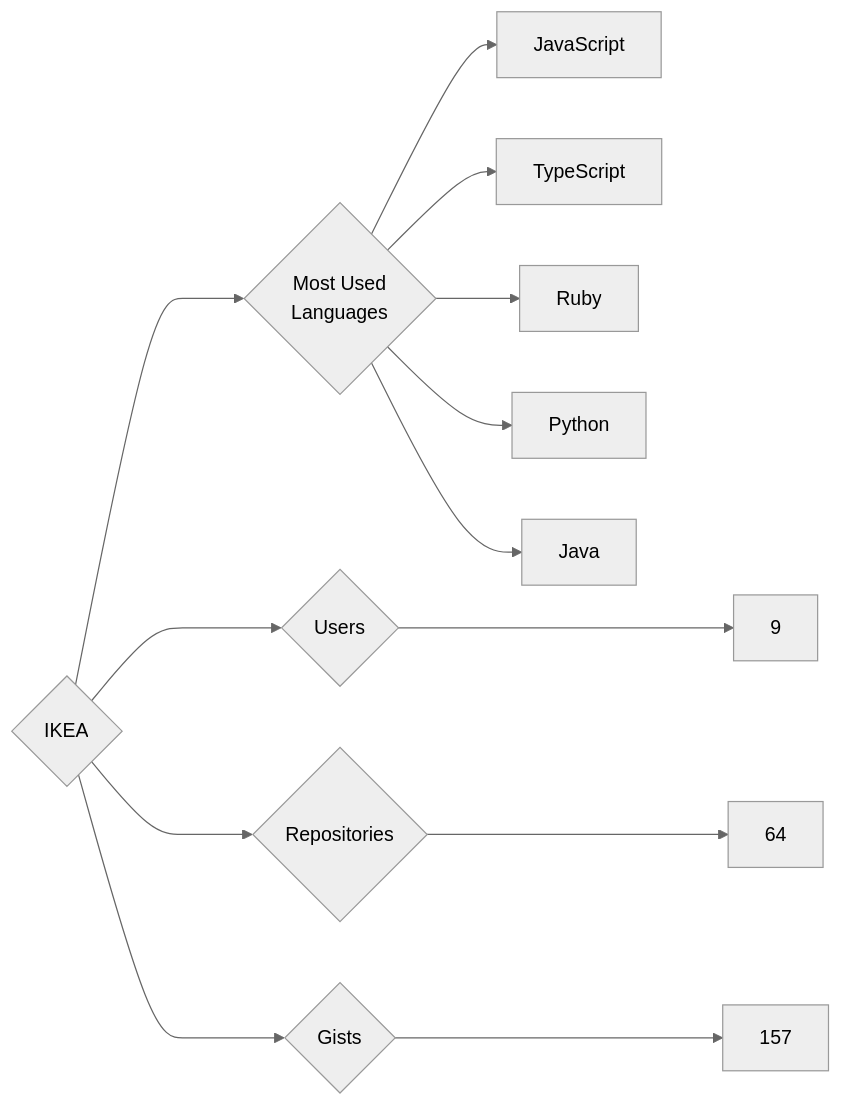
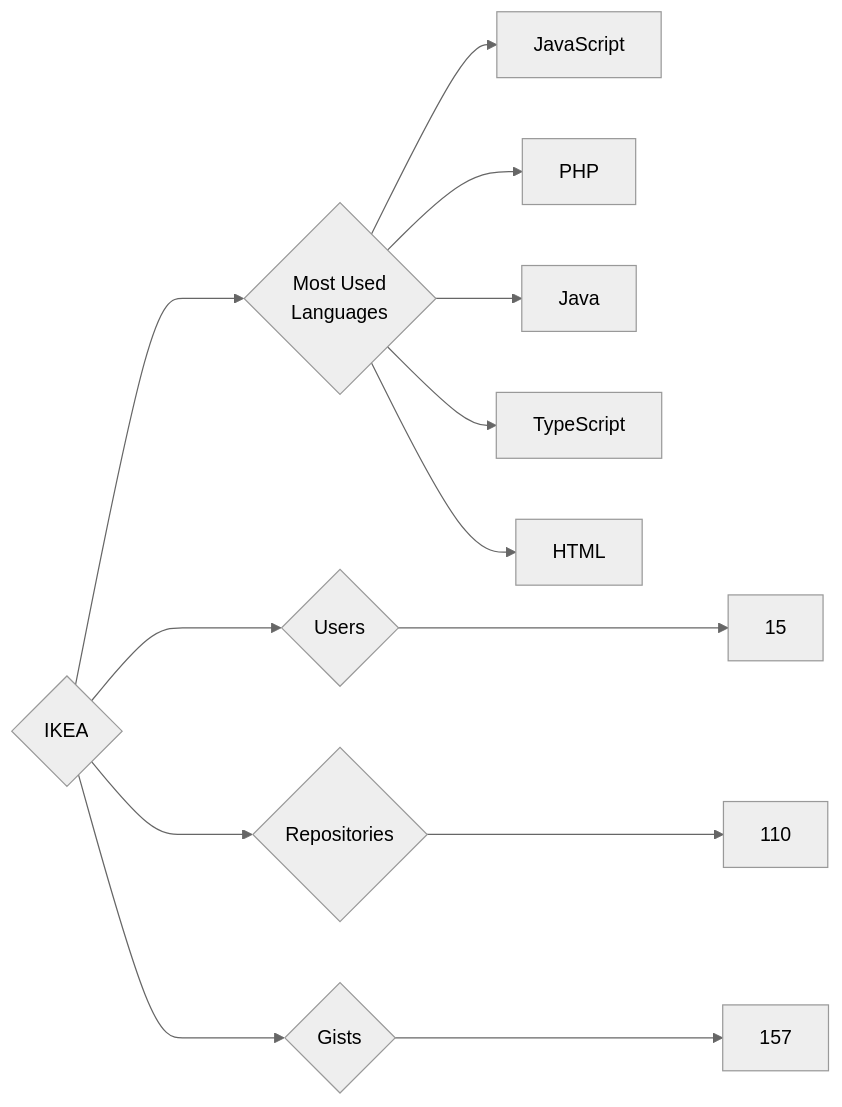
The diagram in targets/IKEA/README.md (trickest/insiders), drawn with Mermaid (neutral theme) before and after one commit. The commit also changed 899 other files, not shown here.

````diff
--- a/targets/IKEA/README.md
+++ b/targets/IKEA/README.md
@@ -3,13 +3,13 @@
 ```mermaid
 graph LR
 COMPANY_NAME{IKEA}
-COMPANY_NAME ---> U{Users} ---> UN[9]
-COMPANY_NAME ---> R{Repositories} ---> RN[64]
+COMPANY_NAME ---> U{Users} ---> UN[15]
+COMPANY_NAME ---> R{Repositories} ---> RN[110]
 COMPANY_NAME ---> G{Gists} ---> GN[157]
 COMPANY_NAME ---> ML{Most Used<br>Languages}
 ML --> JavaScript[JavaScript]
+ML --> PHP[PHP]
+ML --> Java[Java]
 ML --> TypeScript[TypeScript]
-ML --> Ruby[Ruby]
-ML --> Python[Python]
-ML --> Java[Java]
+ML --> HTML[HTML]
 ```
````
